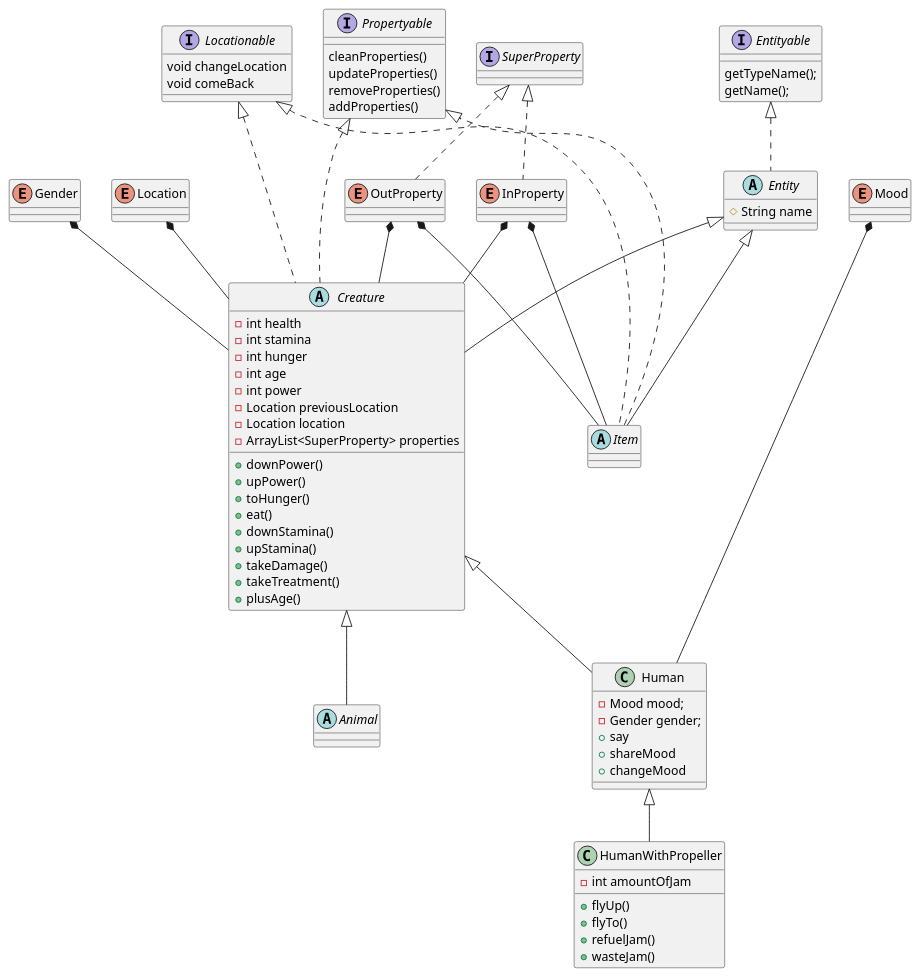
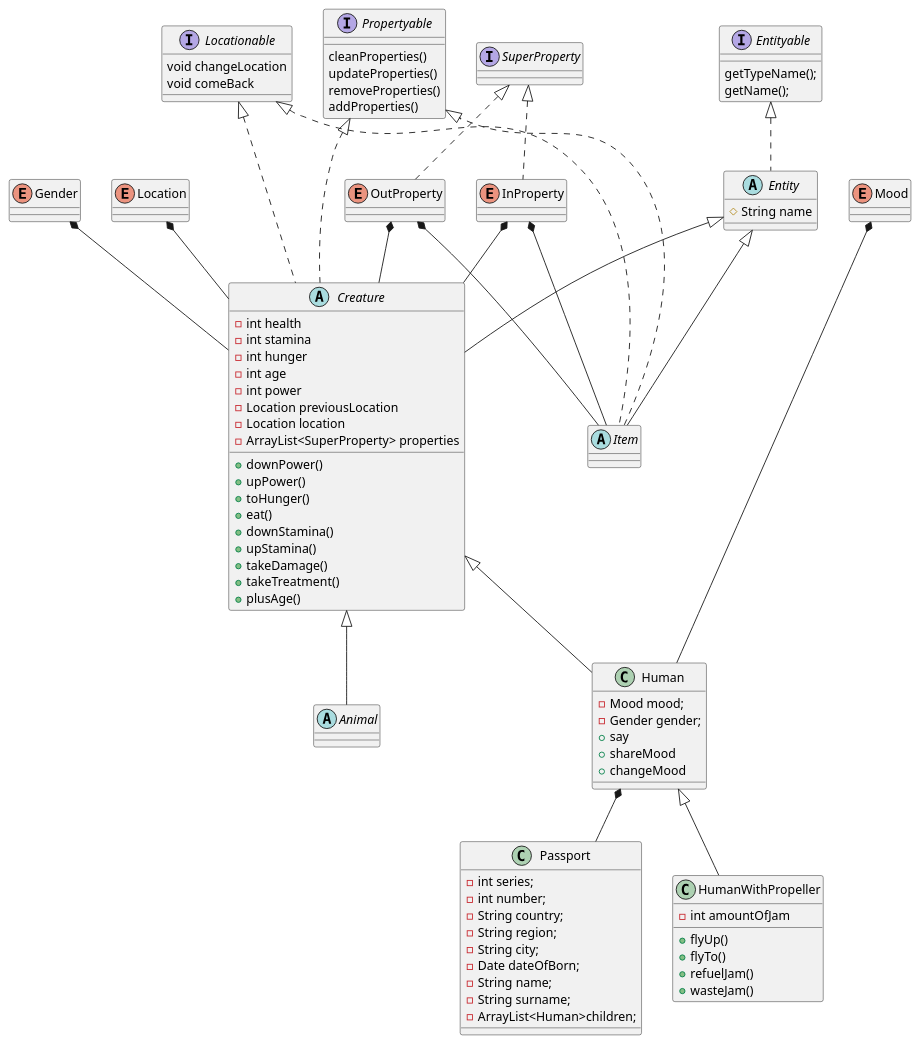
The diagram in UML.puml (IlyaKonFetka/lab3), drawn with PlantUML before and after one commit. The commit also changed 5 other files, not shown here.

```diff
--- a/UML.puml
+++ b/UML.puml
@@ -1,85 +1,98 @@
 @startuml
 'https://plantuml.com/sequence-diagram
 class Human{
     -Mood mood;
     -Gender gender;
     +say
     +shareMood
     +changeMood
+}
+class Passport{
+    -int series;
+    -int number;
+    -String country;
+    -String region;
+    -String city;
+    -Date dateOfBorn;
+    -String name;
+    -String surname;
+    -ArrayList<Human>children;
 }
 abstract class Animal
 abstract class Creature{
     -int health
     -int stamina
     -int hunger
     -int age
     -int power
     -Location previousLocation
     -Location location
     -ArrayList<SuperProperty> properties
     +downPower()
     +upPower()
     +toHunger()
     +eat()
     +downStamina()
     +upStamina()
     +takeDamage()
     +takeTreatment()
     +plusAge()
 }
 class HumanWithPropeller{
     -int amountOfJam
     +flyUp()
     +flyTo()
     +refuelJam()
     +wasteJam()
 }
 abstract class Item
 abstract class Entity{
     #String name
 }
 enum Gender
 enum Location
 enum Mood
 enum InProperty
 enum OutProperty
 
 Interface Locationable{
     void changeLocation
     void comeBack
 }
 Interface Entityable{
     getTypeName();
     getName();
 }
 Interface Propertyable{
     cleanProperties()
     updateProperties()
     removeProperties()
     addProperties()
 }
 Interface SuperProperty
 
 Gender *-- Creature
 Location *-- Creature
 Mood *--- Human
 InProperty *-- Creature
 InProperty *-- Item
 OutProperty *-- Creature
 OutProperty *-- Item
 
+Human *-- Passport
+
 Entityable <|.. Entity
 Locationable <|.. Creature
 Propertyable <|... Item
 Locationable <|... Item
 SuperProperty <|..InProperty
 SuperProperty <|..OutProperty
 Propertyable <|.. Creature
 
 Entity <|-- Creature
 Creature <|-- Human
 Creature <|-- Animal
 Human <|-- HumanWithPropeller
 Entity <|-- Item
 
 @enduml
```
